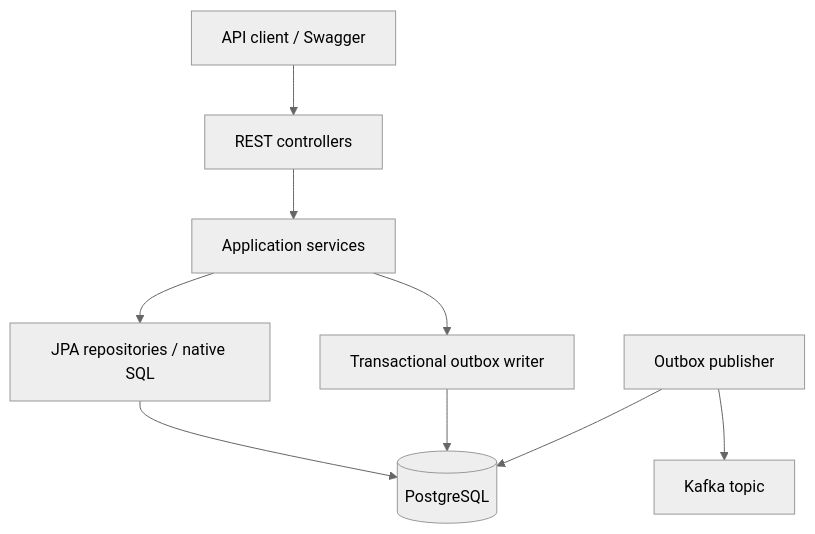
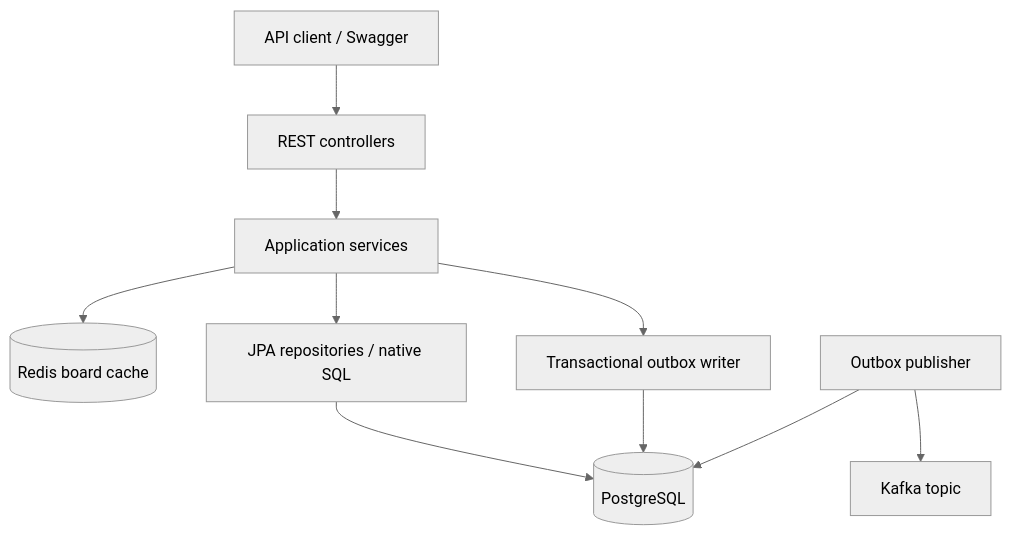
Before and after one commit to Jaciant/QueueForge: the diagram in README.md, drawn with Mermaid (neutral theme). The commit also changed other lines of this file and 15 other files, not shown here.

Commit message:
feat(cache): add redis cache for branch board

````diff
--- a/README.md
+++ b/README.md
@@ -56,11 +57,12 @@
 ```mermaid
 flowchart TD
     Client["API client / Swagger"] --> Api["REST controllers"]
     Api --> Services["Application services"]
+    Services --> Redis[("Redis board cache")]
     Services --> Repositories["JPA repositories / native SQL"]
     Repositories --> Postgres[("PostgreSQL")]
     Services --> Outbox["Transactional outbox writer"]
     Outbox --> Postgres
     Publisher["Outbox publisher"] --> Postgres
     Publisher --> Kafka["Kafka topic"]
 ```
````
